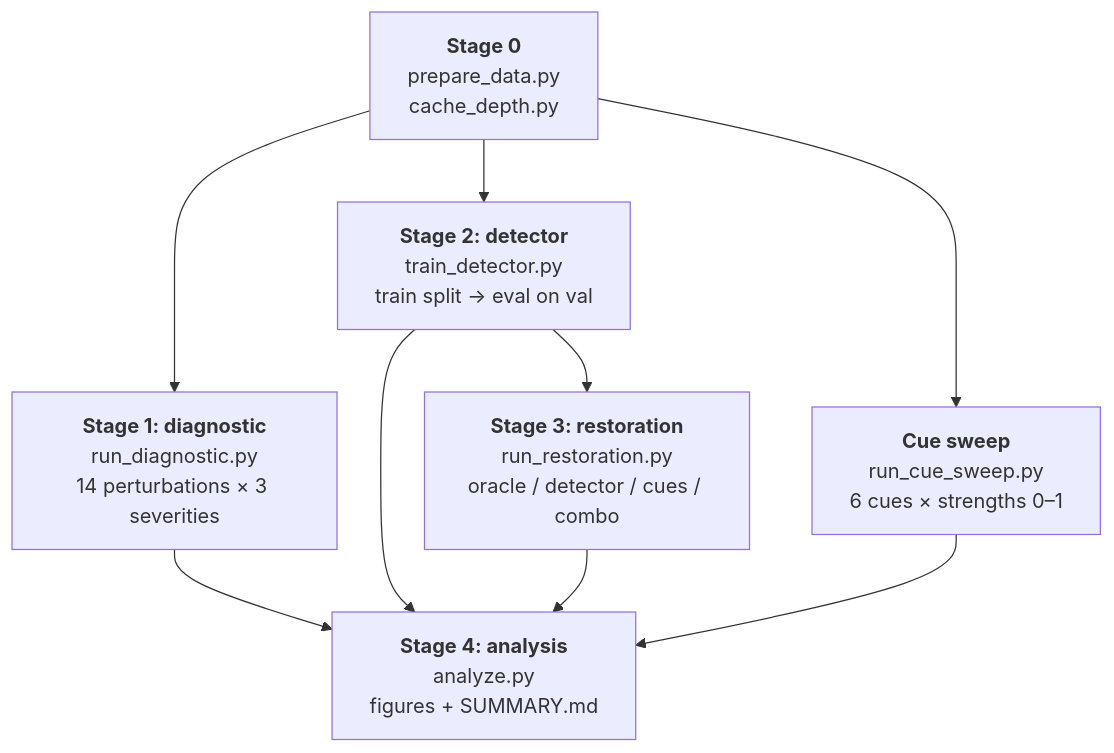
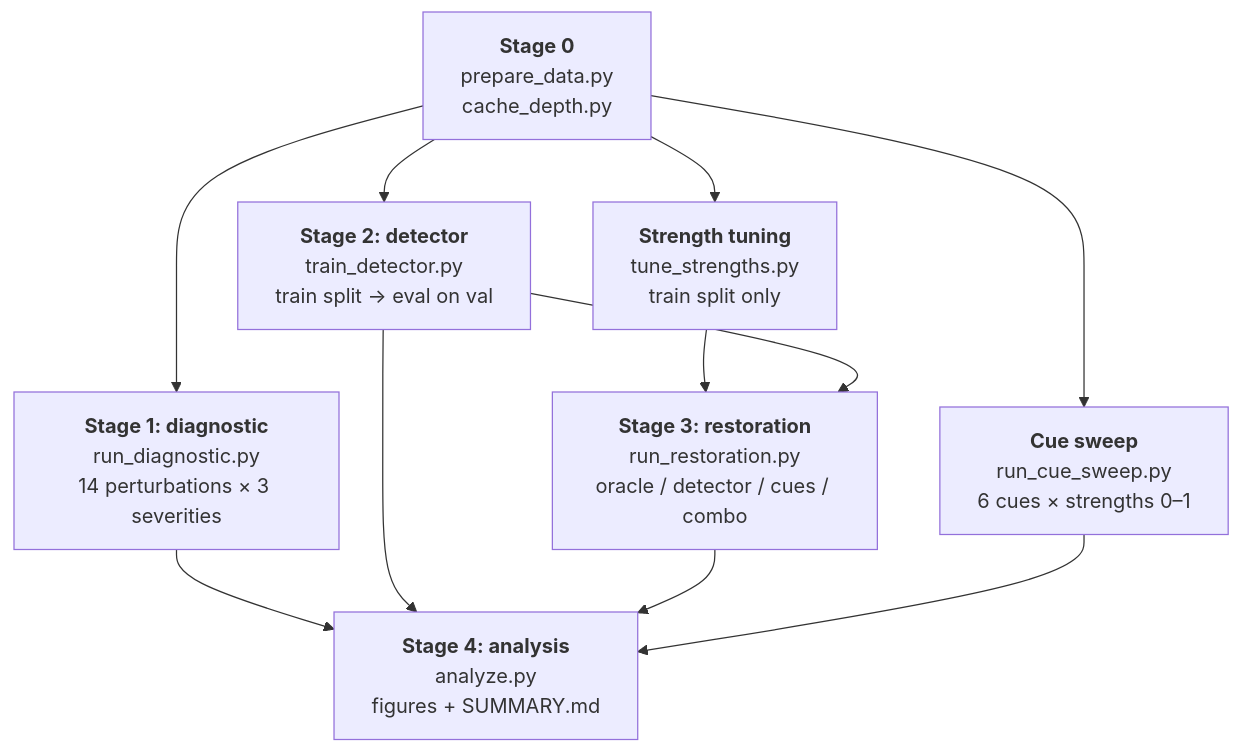
One commit to sumonesphantom/CSE_598_ODL_project changed the second of 3 diagrams in README.md. Above: the diagram before and after it, drawn with Mermaid. The commit also changed other lines of this file and 15 other files, not shown here.

````diff
--- a/README.md
+++ b/README.md
@@ -77,12 +79,14 @@
 ```mermaid
 flowchart TD
     P0["<b>Stage 0</b><br/>prepare_data.py<br/>cache_depth.py"] --> P1
     P0 --> P2
     P0 --> PS
+    P0 --> PT
+    PT["<b>Strength tuning</b><br/>tune_strengths.py<br/>train split only"] --> P3
     P1["<b>Stage 1: diagnostic</b><br/>run_diagnostic.py<br/>14 perturbations × 3 severities"] --> P4
     P2["<b>Stage 2: detector</b><br/>train_detector.py<br/>train split → eval on val"] --> P3
     P2 --> P4
     P3["<b>Stage 3: restoration</b><br/>run_restoration.py<br/>oracle / detector / cues / combo"] --> P4
     PS["<b>Cue sweep</b><br/>run_cue_sweep.py<br/>6 cues × strengths 0–1"] --> P4
     P4["<b>Stage 4: analysis</b><br/>analyze.py<br/>figures + SUMMARY.md"]
 ```
````
